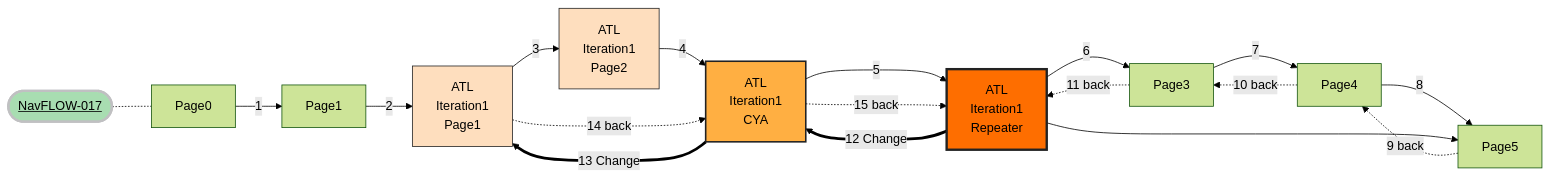
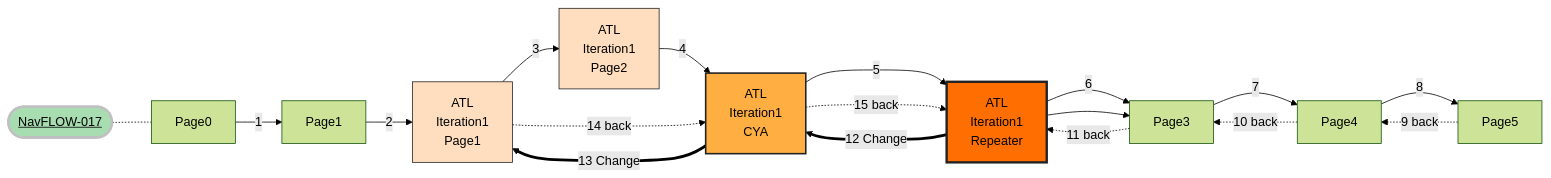
Before and after one commit to hmrc/gform-frontend: diagram 18 of 18 in Navigation.md, drawn with Mermaid.

````diff
--- a/Navigation.md
+++ b/Navigation.md
@@ -598,33 +598,33 @@
 ```mermaid
 %%{init: {'theme': 'forest', "flowchart" : { "curve" : "basis" } } }%%
 graph LR;
     title([<u>NavFLOW-017</u><br>])
     title -.- Page0
     Page0 --> |1| Page1
     Page1 --> |2| ATLPage1["ATL<br>Iteration1<br>Page1"]
     ATLPage1 --> |3| ATLPage2["ATL<br>Iteration1<br>Page2"]
     ATLPage2 --> |4| ATLCYA1["ATL<br>Iteration1<br>CYA"]
     ATLCYA1 --> |5| ATLRepeater["ATL<br>Iteration1<br>Repeater"]
     ATLRepeater --> |6| Page3
     Page3 --> |7| Page4
     Page4 --> |8| Page5
     Page5 -.9 back.-> Page4
     Page4 -.10 back.-> Page3
     Page3 -.11 back.-> ATLRepeater
 
     ATLRepeater ===> |12 Change|ATLCYA1
     ATLCYA1 ===> |13 Change| ATLPage1
     ATLPage1 -.14 back.-> ATLCYA1
     ATLCYA1 -.15 back.-> ATLRepeater
-    ATLRepeater --> Page5
+    ATLRepeater --> Page3
 
     classDef orange fill:#fedebe,stroke:#222,stroke-width:1px
     classDef orangeCYA fill:#ffaf42,stroke:#222,stroke-width:2px
     classDef orangeRepeater fill:#fe6e00,stroke:#222,stroke-width:3px
     class ATLRepeater orangeRepeater
     class ATLCYA1 orangeCYA
     class ATLPage2 orange
     class ATLPage1 orange
     classDef greenTitle fill:#a8ddb1 ,stroke:#c0c0c2,stroke-width:3px
     class title greenTitle
 ```
````
